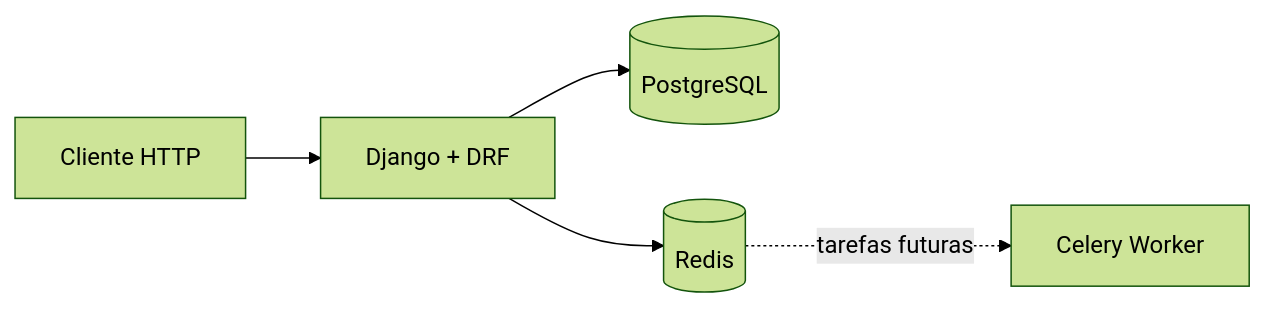
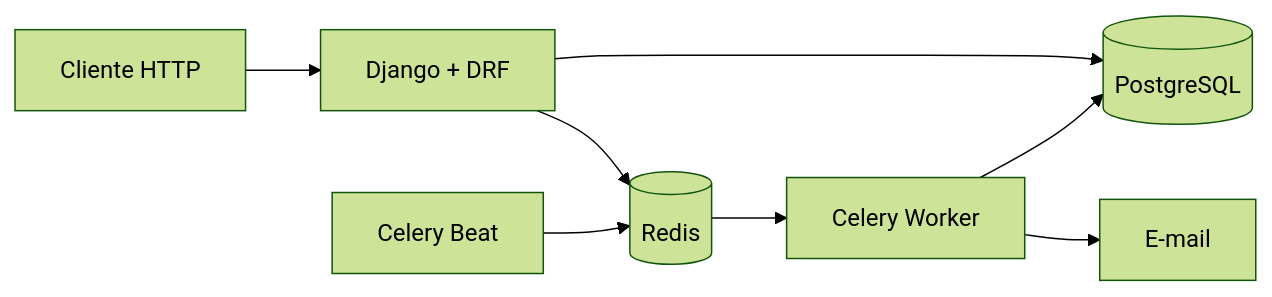
The diagram in README.md (Silva-D-Romario/Inventario-de-TI), drawn with Mermaid (forest theme) before and after one commit. The commit also changed other lines of this file and 4 other files, not shown here.

````diff
--- a/README.md
+++ b/README.md
@@ -40,7 +42,10 @@
 ```mermaid
 flowchart LR
     Cliente[Cliente HTTP] --> Django[Django + DRF]
     Django --> PostgreSQL[(PostgreSQL)]
     Django --> Redis[(Redis)]
-    Redis -. tarefas futuras .-> Celery[Celery Worker]
+    Beat[Celery Beat] --> Redis
+    Redis --> Worker[Celery Worker]
+    Worker --> PostgreSQL
+    Worker --> Email[E-mail]
 ```
````
